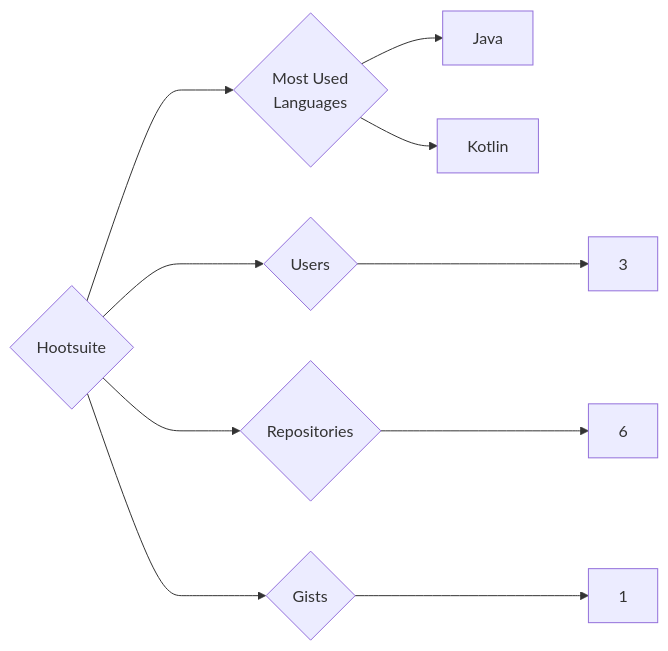
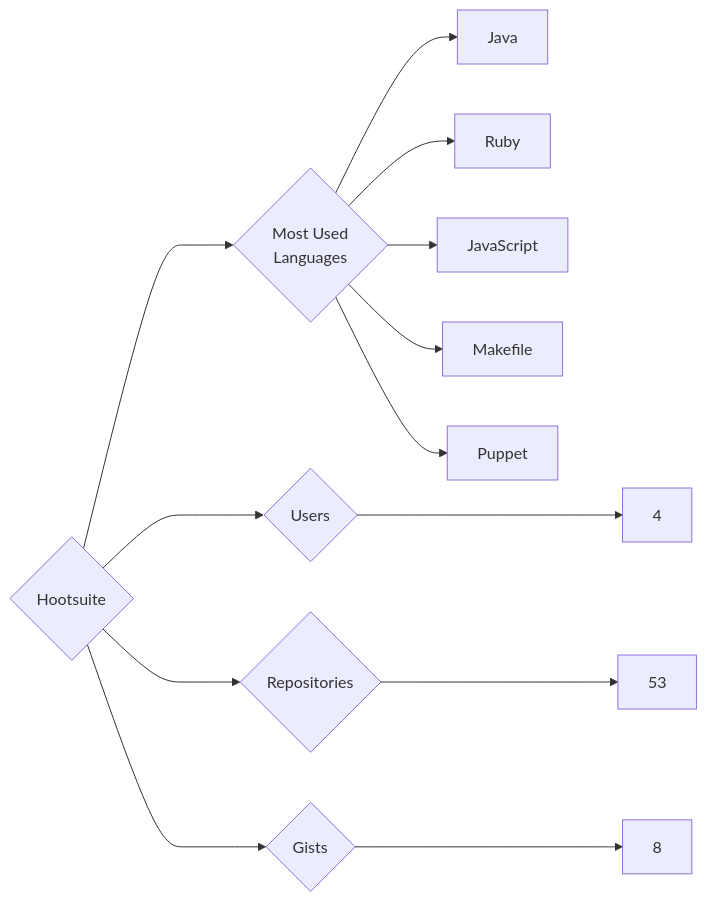
The diagram in targets/Hootsuite/README.md (trickest/insiders), drawn with Mermaid before and after one commit. The commit also changed 776 other files, not shown here.

````diff
--- a/targets/Hootsuite/README.md
+++ b/targets/Hootsuite/README.md
@@ -3,10 +3,13 @@
 ```mermaid
 graph LR
 COMPANY_NAME{Hootsuite}
-COMPANY_NAME ---> U{Users} ---> UN[3]
-COMPANY_NAME ---> R{Repositories} ---> RN[6]
-COMPANY_NAME ---> G{Gists} ---> GN[1]
+COMPANY_NAME ---> U{Users} ---> UN[4]
+COMPANY_NAME ---> R{Repositories} ---> RN[53]
+COMPANY_NAME ---> G{Gists} ---> GN[8]
 COMPANY_NAME ---> ML{Most Used<br>Languages}
 ML --> Java[Java]
-ML --> Kotlin[Kotlin]
+ML --> Ruby[Ruby]
+ML --> JavaScript[JavaScript]
+ML --> Makefile[Makefile]
+ML --> Puppet[Puppet]
 ```
````
